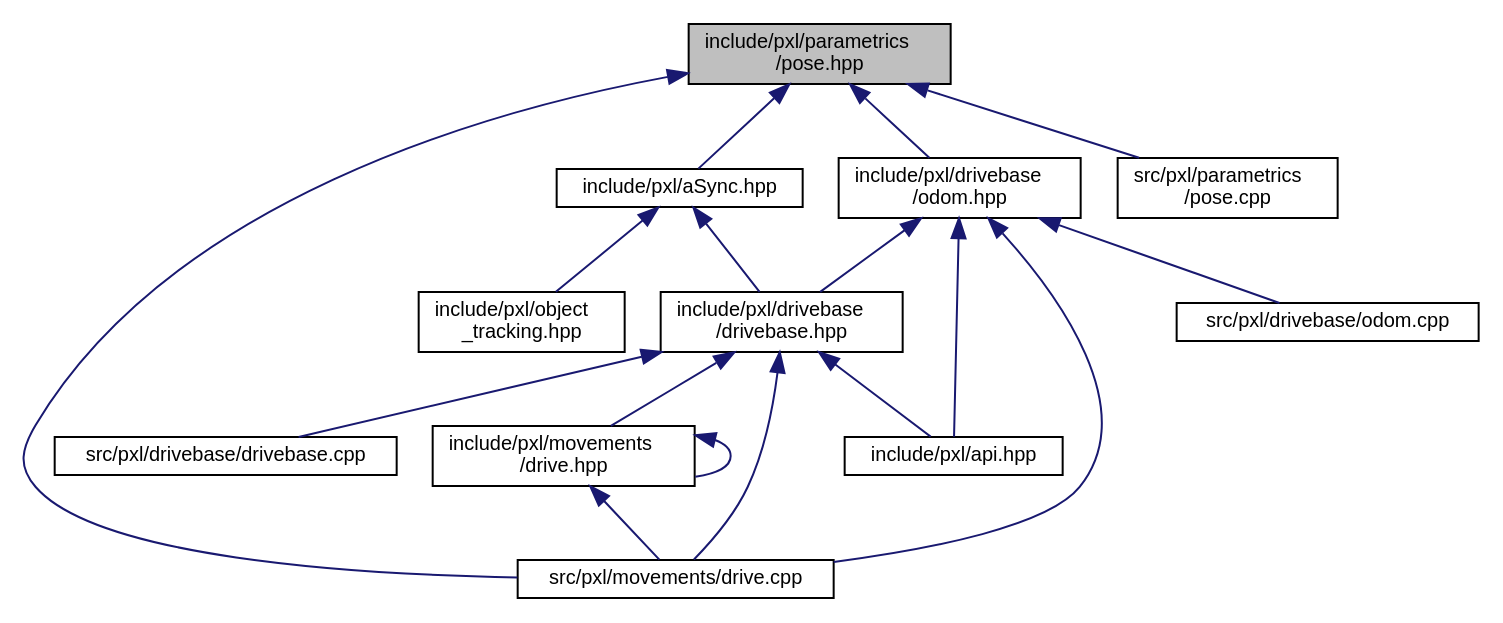
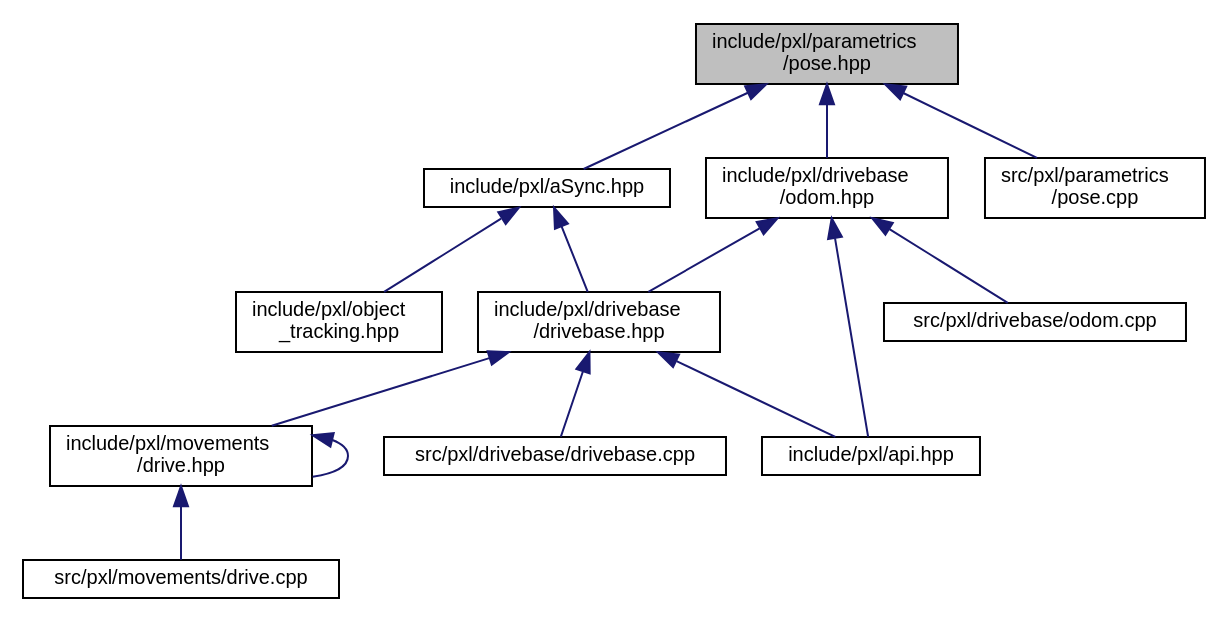
One commit to Pixel-Lib/Pixel changed the diagram in pose_8hpp__dep__incl.dot. Above: the diagram before and after it, drawn with Graphviz. The commit also changed 24 other files, not shown here.

```diff
--- a/pose_8hpp__dep__incl.dot
+++ b/pose_8hpp__dep__incl.dot
@@ -1,33 +1,30 @@
 digraph "include/pxl/parametrics/pose.hpp"
 {
  // LATEX_PDF_SIZE
   edge [fontname="Helvetica",fontsize="10",labelfontname="Helvetica",labelfontsize="10"];
   node [fontname="Helvetica",fontsize="10",shape=record];
   Node1 [label="include/pxl/parametrics\l/pose.hpp",height=0.2,width=0.4,color="black", fillcolor="grey75", style="filled", fontcolor="black",tooltip=" "];
   Node1 -> Node2 [dir="back",color="midnightblue",fontsize="10",style="solid",fontname="Helvetica"];
   Node2 [label="include/pxl/aSync.hpp",height=0.2,width=0.4,color="black", fillcolor="white", style="filled",URL="$aSync_8hpp.html",tooltip=" "];
   Node2 -> Node3 [dir="back",color="midnightblue",fontsize="10",style="solid",fontname="Helvetica"];
   Node3 [label="include/pxl/drivebase\l/drivebase.hpp",height=0.2,width=0.4,color="black", fillcolor="white", style="filled",URL="$drivebase_8hpp.html",tooltip=" "];
   Node3 -> Node4 [dir="back",color="midnightblue",fontsize="10",style="solid",fontname="Helvetica"];
   Node4 [label="include/pxl/api.hpp",height=0.2,width=0.4,color="black", fillcolor="white", style="filled",URL="$api_8hpp.html",tooltip=" "];
   Node3 -> Node5 [dir="back",color="midnightblue",fontsize="10",style="solid",fontname="Helvetica"];
   Node5 [label="include/pxl/movements\l/drive.hpp",height=0.2,width=0.4,color="black", fillcolor="white", style="filled",URL="$drive_8hpp.html",tooltip=" "];
   Node5 -> Node5 [dir="back",color="midnightblue",fontsize="10",style="solid",fontname="Helvetica"];
   Node5 -> Node6 [dir="back",color="midnightblue",fontsize="10",style="solid",fontname="Helvetica"];
   Node6 [label="src/pxl/movements/drive.cpp",height=0.2,width=0.4,color="black", fillcolor="white", style="filled",URL="$drive_8cpp.html",tooltip=" "];
   Node3 -> Node7 [dir="back",color="midnightblue",fontsize="10",style="solid",fontname="Helvetica"];
   Node7 [label="src/pxl/drivebase/drivebase.cpp",height=0.2,width=0.4,color="black", fillcolor="white", style="filled",URL="$drivebase_8cpp.html",tooltip=" "];
-  Node3 -> Node6 [dir="back",color="midnightblue",fontsize="10",style="solid",fontname="Helvetica"];
   Node2 -> Node8 [dir="back",color="midnightblue",fontsize="10",style="solid",fontname="Helvetica"];
   Node8 [label="include/pxl/object\l_tracking.hpp",height=0.2,width=0.4,color="black", fillcolor="white", style="filled",URL="$object__tracking_8hpp.html",tooltip=" "];
   Node1 -> Node9 [dir="back",color="midnightblue",fontsize="10",style="solid",fontname="Helvetica"];
   Node9 [label="include/pxl/drivebase\l/odom.hpp",height=0.2,width=0.4,color="black", fillcolor="white", style="filled",URL="$odom_8hpp.html",tooltip=" "];
   Node9 -> Node4 [dir="back",color="midnightblue",fontsize="10",style="solid",fontname="Helvetica"];
   Node9 -> Node3 [dir="back",color="midnightblue",fontsize="10",style="solid",fontname="Helvetica"];
   Node9 -> Node10 [dir="back",color="midnightblue",fontsize="10",style="solid",fontname="Helvetica"];
   Node10 [label="src/pxl/drivebase/odom.cpp",height=0.2,width=0.4,color="black", fillcolor="white", style="filled",URL="$odom_8cpp.html",tooltip=" "];
-  Node9 -> Node6 [dir="back",color="midnightblue",fontsize="10",style="solid",fontname="Helvetica"];
-  Node1 -> Node6 [dir="back",color="midnightblue",fontsize="10",style="solid",fontname="Helvetica"];
   Node1 -> Node11 [dir="back",color="midnightblue",fontsize="10",style="solid",fontname="Helvetica"];
   Node11 [label="src/pxl/parametrics\l/pose.cpp",height=0.2,width=0.4,color="black", fillcolor="white", style="filled",URL="$pose_8cpp.html",tooltip=" "];
 }
```
